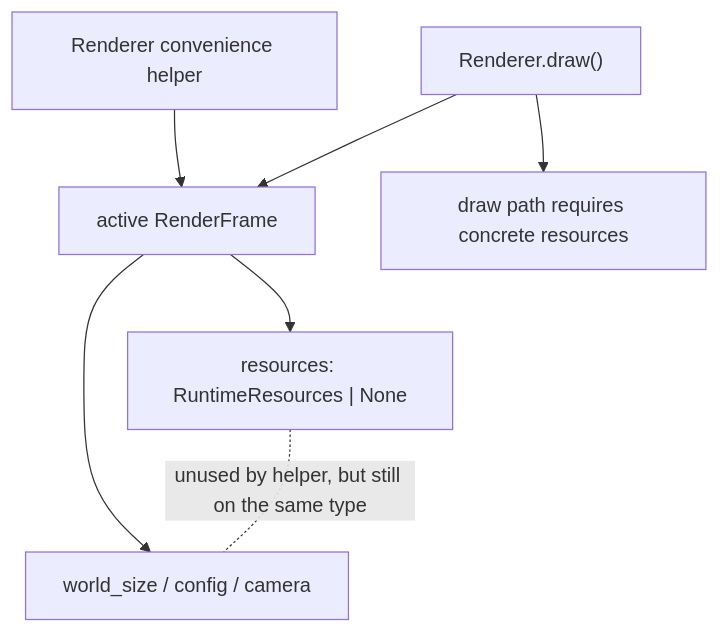
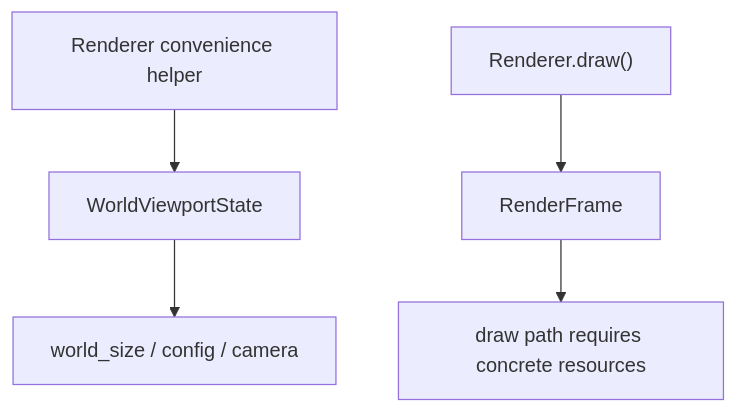
One commit to banteg/crimson changed the fourth of 5 diagrams in docs/rewrite/resource-lifecycle.md. Above: the diagram before and after it, drawn with Mermaid. The commit also changed other lines of this file, not shown here.

````diff
--- a/docs/rewrite/resource-lifecycle.md
+++ b/docs/rewrite/resource-lifecycle.md
@@ -93,10 +96,8 @@
 ```mermaid
 flowchart TD
-    A["Renderer convenience helper"] --> B["active RenderFrame"]
+    A["Renderer convenience helper"] --> B["WorldViewportState"]
     B --> C["world_size / config / camera"]
-    B --> D["resources: RuntimeResources | None"]
-    D -.unused by helper, but still on the same type.- C
 
-    E["Renderer.draw()"] --> B
+    D["Renderer.draw()"] --> E["RenderFrame"]
     E --> F["draw path requires concrete resources"]
 ```
````
